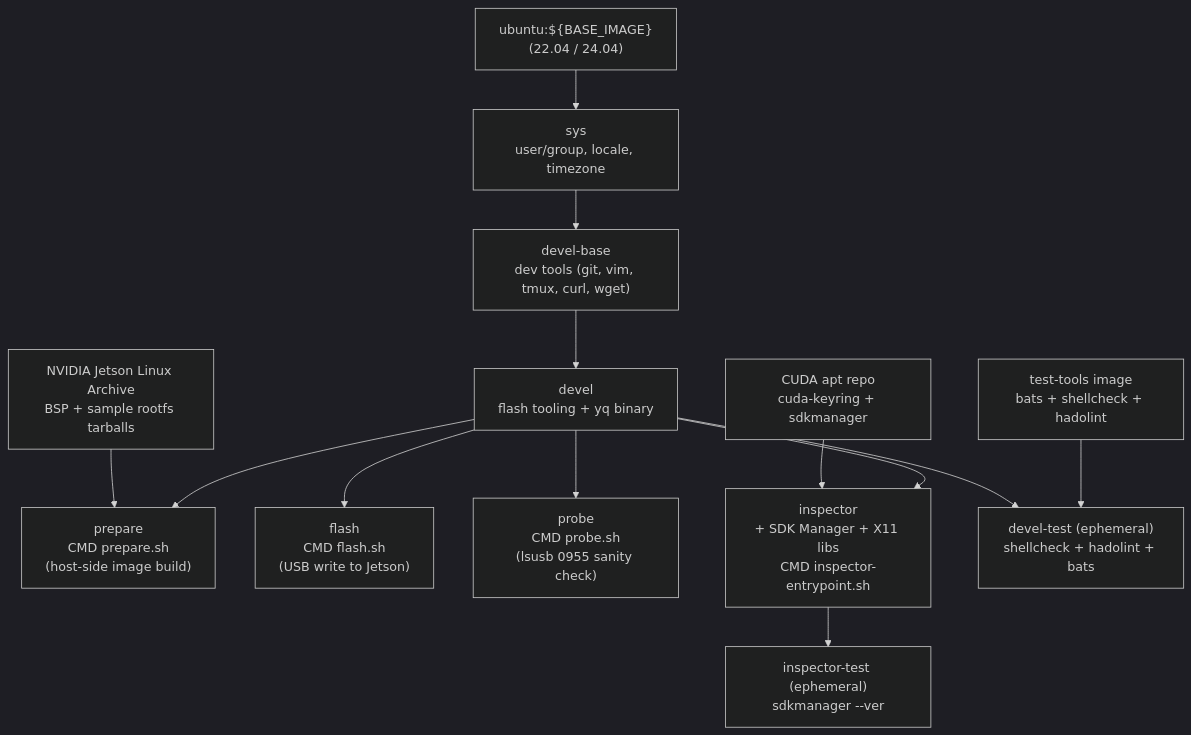
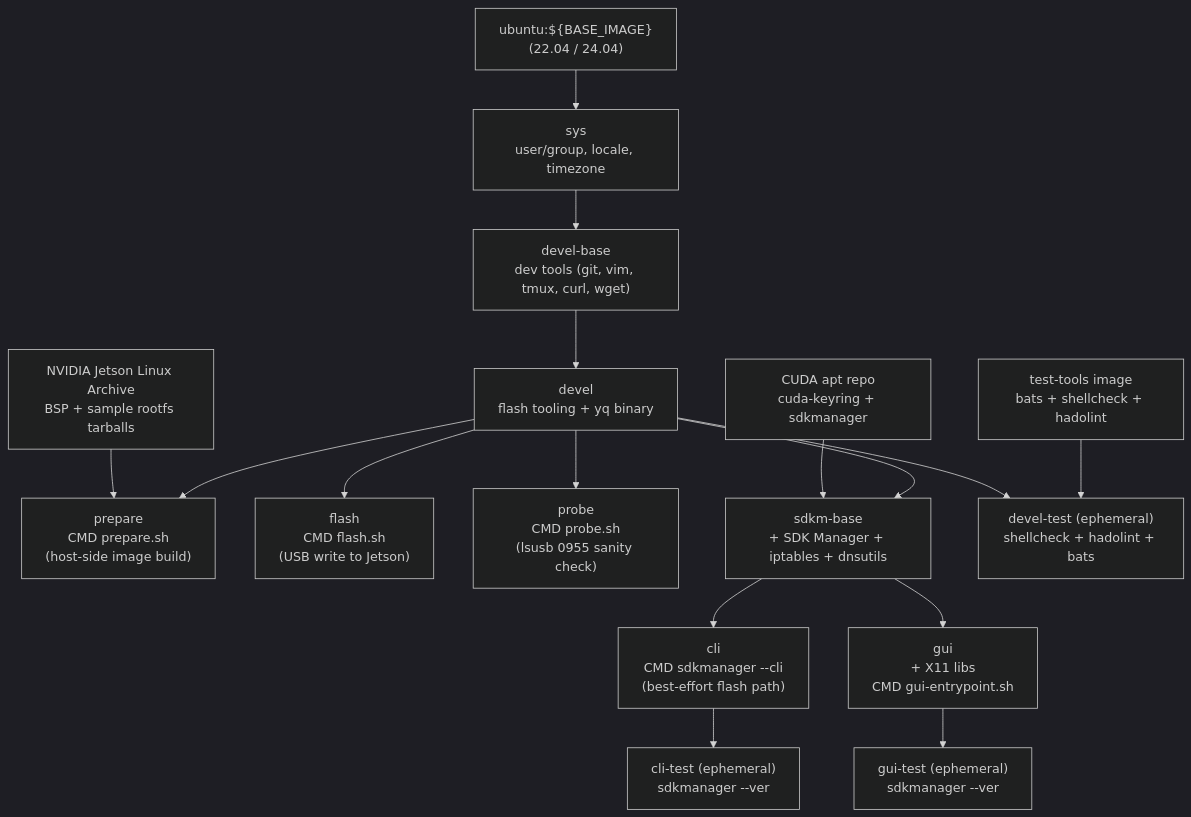
One commit to ycpss91255-docker/jetson_sdk_manager changed the diagram in doc/README.ja.md. Above: the diagram before and after it, drawn with Mermaid (dark theme). The commit also changed other lines of this file and 3 other files, not shown here.

First line of the commit message:
docs: document both flashing paths (factory default + SDK Manager), 4 langs (#59)

````diff
--- a/doc/README.ja.md
+++ b/doc/README.ja.md
@@ -203,22 +219,25 @@
 ```mermaid
 graph TD
     EXT1["test-tools image\nbats + shellcheck + hadolint"]
     EXT2["ubuntu:${BASE_IMAGE}\n(22.04 / 24.04)"]
     EXT3["NVIDIA Jetson Linux Archive\nBSP + sample rootfs tarballs"]
     EXT4["CUDA apt repo\ncuda-keyring + sdkmanager"]
 
     EXT2 --> sys["sys\nuser/group, locale, timezone"]
     sys --> devel-base["devel-base\ndev tools (git, vim, tmux, curl, wget)"]
     devel-base --> devel["devel\nflash tooling + yq binary"]
 
     devel --> prepare["prepare\nCMD prepare.sh\n(host-side image build)"]
     EXT3 --> prepare
     devel --> flash["flash\nCMD flash.sh\n(USB write to Jetson)"]
     devel --> probe["probe\nCMD probe.sh\n(lsusb 0955 sanity check)"]
-    devel --> inspector["inspector\n+ SDK Manager + X11 libs\nCMD inspector-entrypoint.sh"]
-    EXT4 --> inspector
+    devel --> sdkm-base["sdkm-base\n+ SDK Manager + iptables + dnsutils"]
+    EXT4 --> sdkm-base
+    sdkm-base --> cli["cli\nCMD sdkmanager --cli\n(best-effort flash path)"]
+    sdkm-base --> gui["gui\n+ X11 libs\nCMD gui-entrypoint.sh"]
 
     EXT1 --> devel-test["devel-test (ephemeral)\nshellcheck + hadolint + bats"]
     devel --> devel-test
-    inspector --> inspector-test["inspector-test (ephemeral)\nsdkmanager --ver"]
+    gui --> gui-test["gui-test (ephemeral)\nsdkmanager --ver"]
+    cli --> cli-test["cli-test (ephemeral)\nsdkmanager --ver"]
 ```
````
